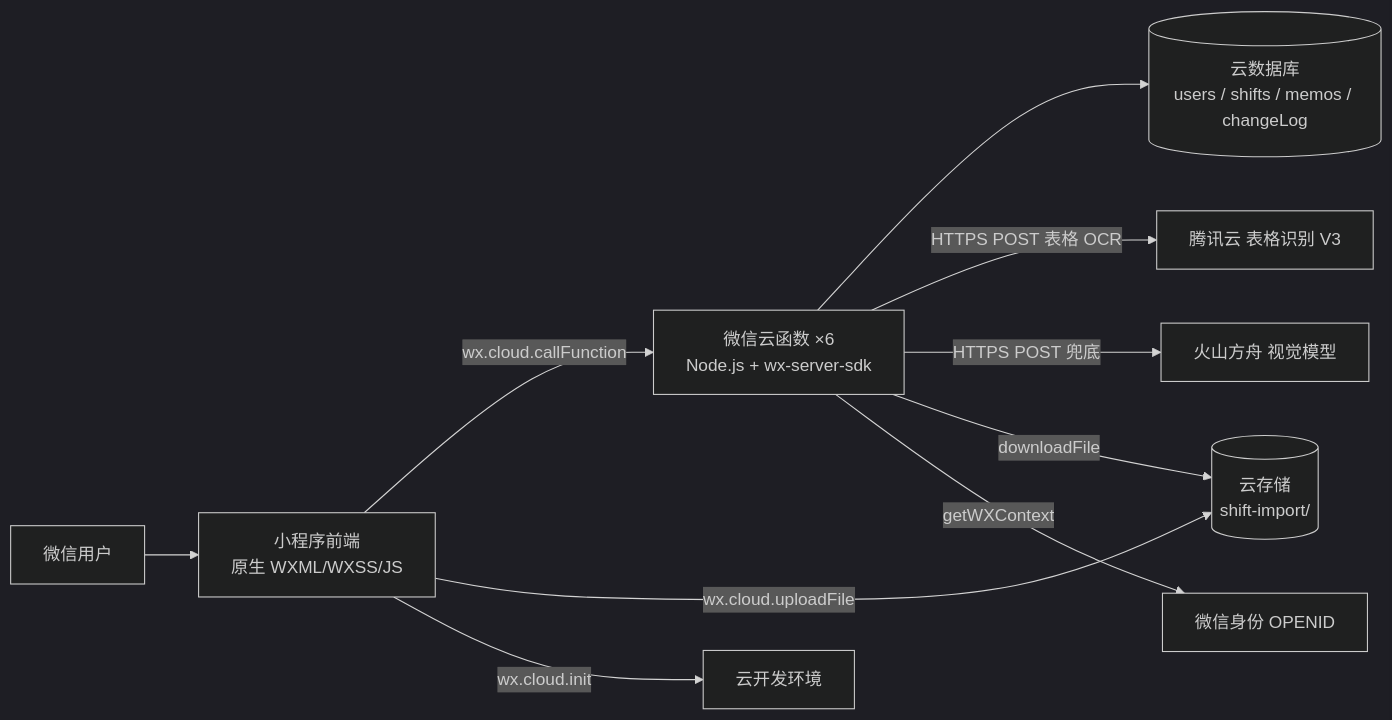
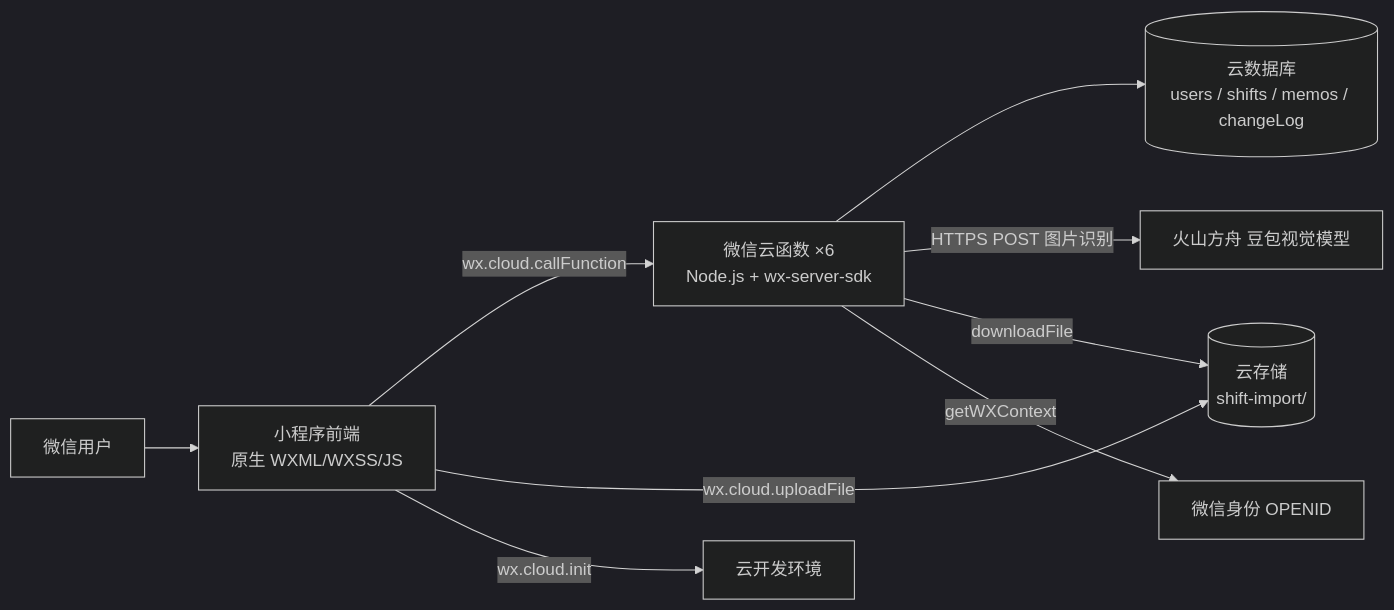
The diagram in docs/architecture.md (linyidong/paiban-xiaochengxu), drawn with Mermaid (dark theme) before and after one commit. The commit also changed other lines of this file and 10 other files, not shown here.

````diff
--- a/docs/architecture.md
+++ b/docs/architecture.md
@@ -8,12 +8,11 @@
 ```mermaid
 flowchart LR
   U[微信用户] --> MP[小程序前端<br/>原生 WXML/WXSS/JS]
   MP -->|wx.cloud.callFunction| CF[微信云函数 ×6<br/>Node.js + wx-server-sdk]
   MP -->|wx.cloud.uploadFile| CS[(云存储<br/>shift-import/)]
   MP -->|wx.cloud.init| ENV[云开发环境]
   CF --> DB[(云数据库<br/>users / shifts / memos / changeLog)]
-  CF -->|HTTPS POST 表格 OCR| TCB[腾讯云 表格识别 V3]
-  CF -->|HTTPS POST 兜底| ARK[火山方舟 视觉模型]
+  CF -->|HTTPS POST 图片识别| ARK[火山方舟 豆包视觉模型]
   CF -->|downloadFile| CS
   CF -->|getWXContext| WX[微信身份 OPENID]
 ```
````
